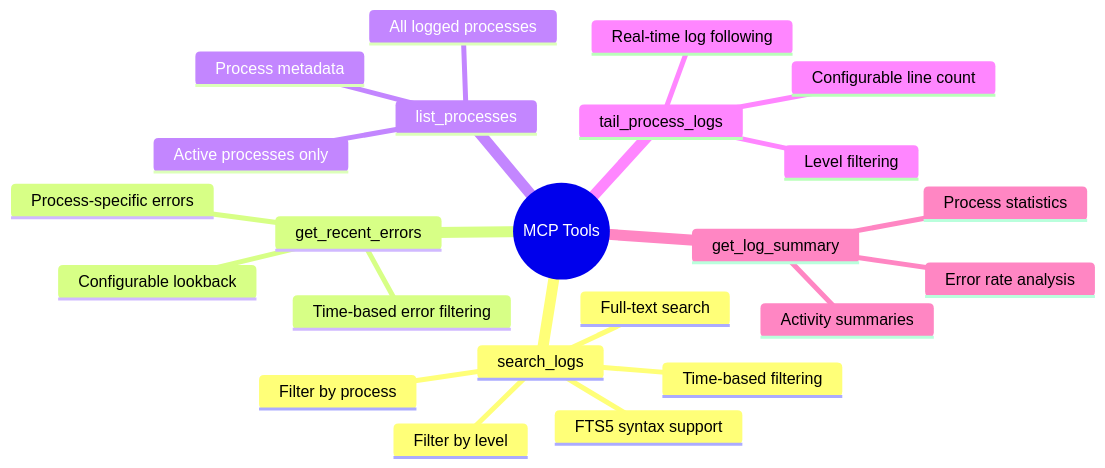
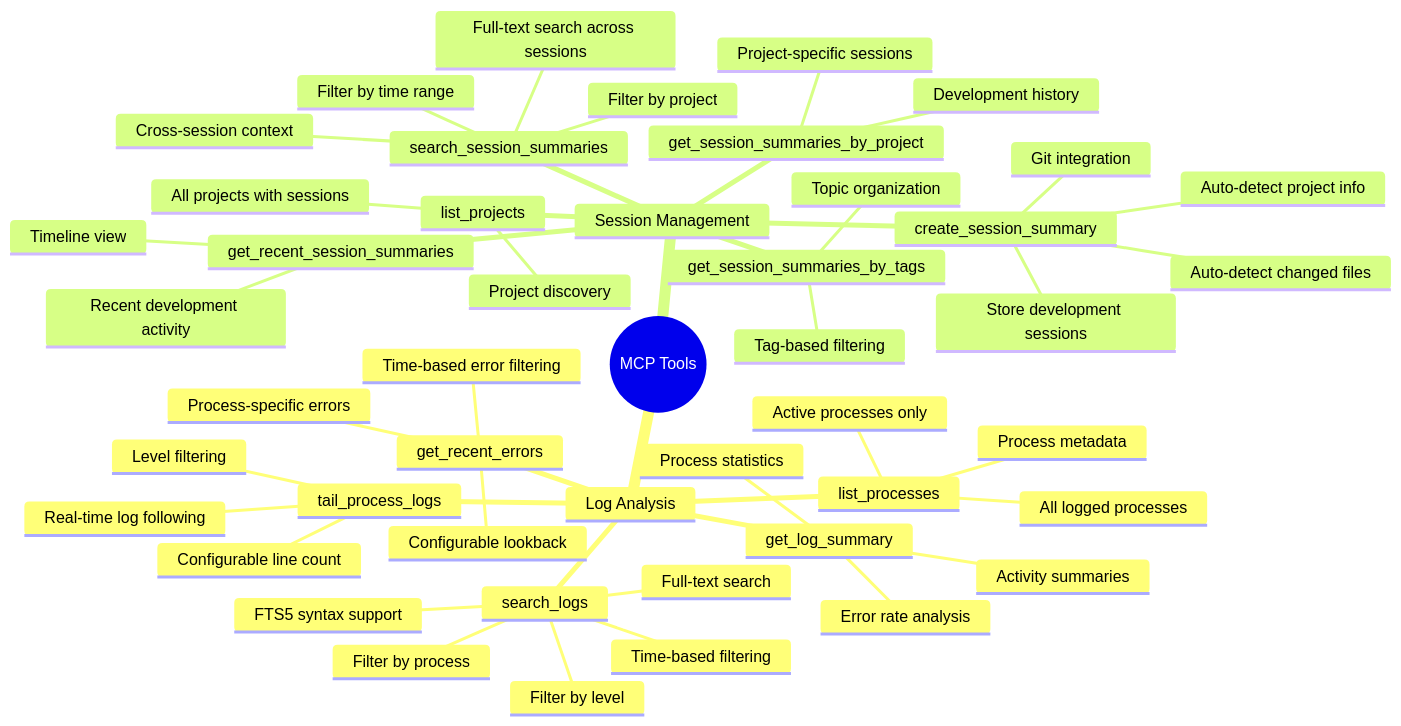
One commit to bvelasquez/console_mcp changed the fifth of 8 diagrams in DESIGN.md. Above: the diagram before and after it, drawn with Mermaid. The commit also changed other lines of this file and 6 other files, not shown here.

Commit message:
feat: implement session summary feature with auto-detection and search capabilities

````diff
--- a/DESIGN.md
+++ b/DESIGN.md
@@ -191,26 +221,50 @@
 ```mermaid
 mindmap
   root((MCP Tools))
-    search_logs
-      Full-text search
-      Filter by process
-      Filter by level
-      Time-based filtering
-      FTS5 syntax support
-    get_recent_errors
-      Time-based error filtering
-      Process-specific errors
-      Configurable lookback
-    list_processes
-      All logged processes
-      Active processes only
-      Process metadata
-    tail_process_logs
-      Real-time log following
-      Level filtering
-      Configurable line count
-    get_log_summary
-      Activity summaries
-      Error rate analysis
-      Process statistics
+    Log Analysis
+      search_logs
+        Full-text search
+        Filter by process
+        Filter by level
+        Time-based filtering
+        FTS5 syntax support
+      get_recent_errors
+        Time-based error filtering
+        Process-specific errors
+        Configurable lookback
+      list_processes
+        All logged processes
+        Active processes only
+        Process metadata
+      tail_process_logs
+        Real-time log following
+        Level filtering
+        Configurable line count
+      get_log_summary
+        Activity summaries
+        Error rate analysis
+        Process statistics
+    Session Management
+      create_session_summary
+        Store development sessions
+        Auto-detect project info
+        Auto-detect changed files
+        Git integration
+      search_session_summaries
+        Full-text search across sessions
+        Filter by project
+        Filter by time range
+        Cross-session context
+      get_session_summaries_by_project
+        Project-specific sessions
+        Development history
+      get_session_summaries_by_tags
+        Tag-based filtering
+        Topic organization
+      get_recent_session_summaries
+        Recent development activity
+        Timeline view
+      list_projects
+        All projects with sessions
+        Project discovery
 ```
````
